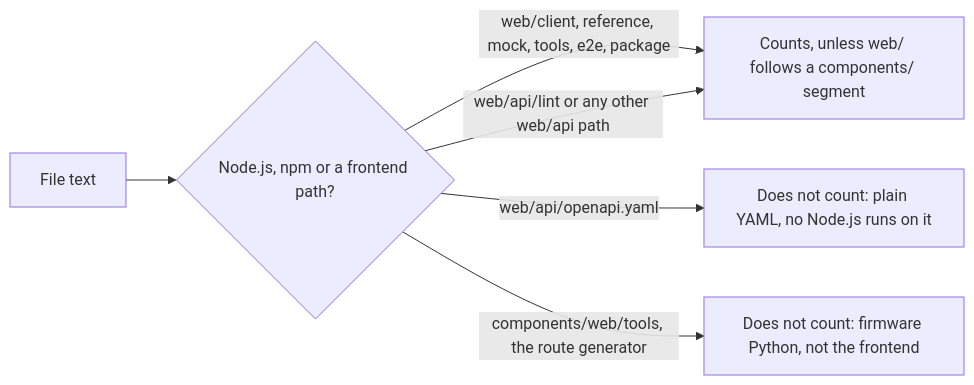
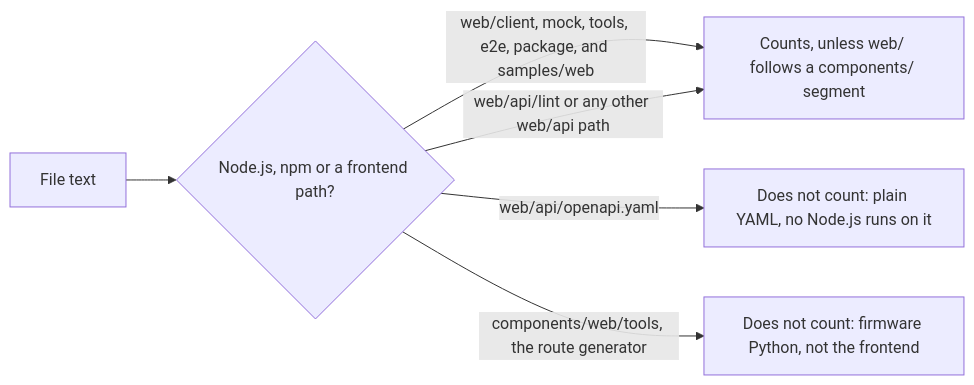
The sixth of 6 diagrams in docs/plans/web-frontend-implementation.md (wonny-labs/crux-pilot), drawn with Mermaid before and after one commit. The commit also changed other lines of this file and 74 other files, not shown here.

First line of the commit message:
Move the Preact example to samples/web/preact and rename both examples by framework

````diff
--- a/docs/plans/web-frontend-implementation.md
+++ b/docs/plans/web-frontend-implementation.md
@@ -462,8 +462,8 @@
 ```mermaid
 flowchart LR
     text[File text] --> nodeuse{Node.js, npm or a frontend path?}
-    nodeuse -- "web/client, reference, mock, tools, e2e, package" --> reds[Counts, unless web/ follows a components/ segment]
+    nodeuse -- "web/client, mock, tools, e2e, package, and samples/web" --> reds[Counts, unless web/ follows a components/ segment]
     nodeuse -- "web/api/lint or any other web/api path" --> reds
     nodeuse -- "web/api/openapi.yaml" --> okspec[Does not count: plain YAML, no Node.js runs on it]
     nodeuse -- "components/web/tools, the route generator" --> okgen[Does not count: firmware Python, not the frontend]
 ```
````
